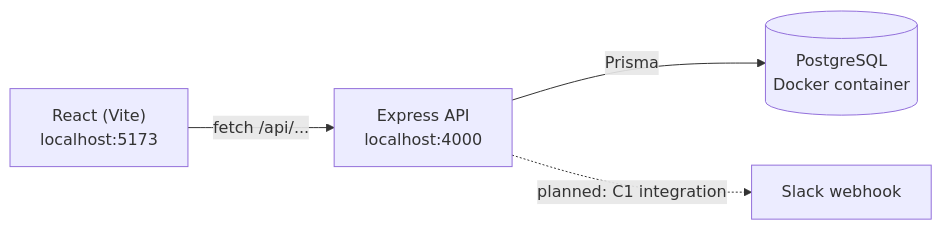
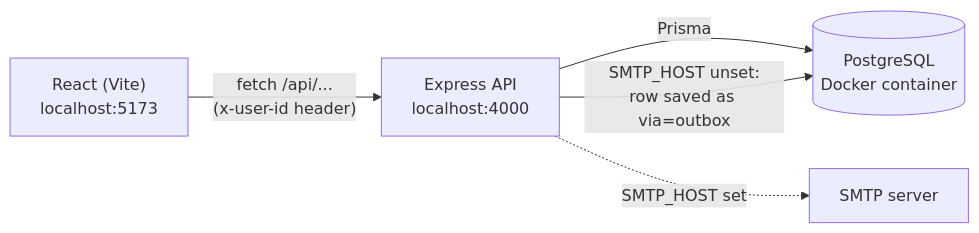
One commit to kalanig23/onedesk changed the first of 2 diagrams in DESIGN.md. Above: the diagram before and after it, drawn with Mermaid. The commit also changed other lines of this file and 1 other file, not shown here.

````diff
--- a/DESIGN.md
+++ b/DESIGN.md
@@ -5,6 +5,7 @@
 ```mermaid
 flowchart LR
-  Browser["React (Vite)\nlocalhost:5173"] -- "fetch /api/..." --> Server["Express API\nlocalhost:4000"]
+  Browser["React (Vite)\nlocalhost:5173"] -- "fetch /api/...\n(x-user-id header)" --> Server["Express API\nlocalhost:4000"]
   Server -- "Prisma" --> DB[("PostgreSQL\nDocker container")]
-  Server -. "planned: C1 integration" .-> Slack["Slack webhook"]
+  Server -. "SMTP_HOST set" .-> Mail["SMTP server"]
+  Server -- "SMTP_HOST unset:\nrow saved as via=outbox" --> DB
 ```
````
